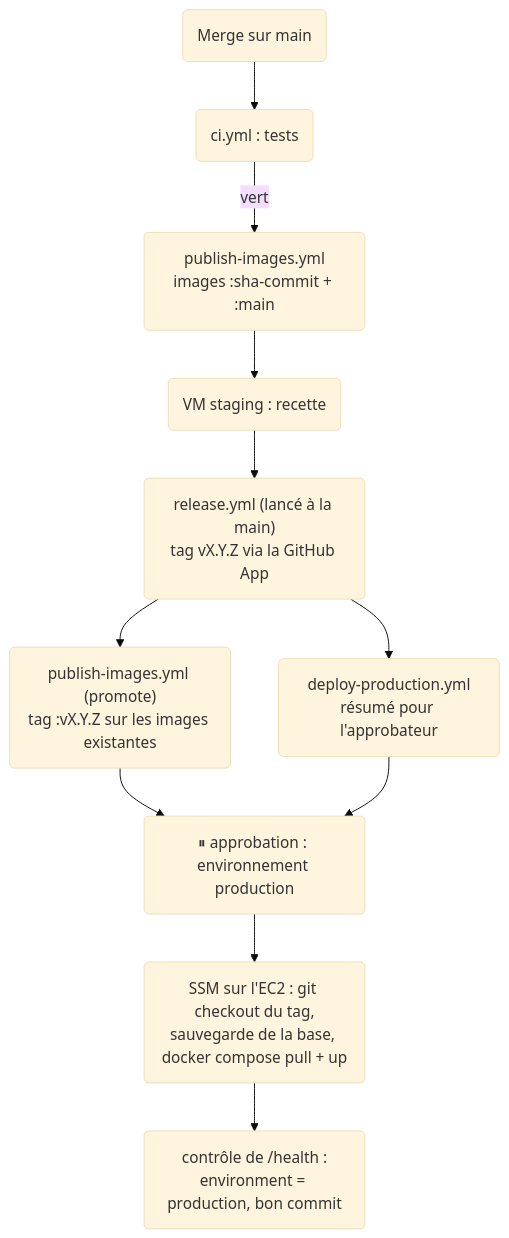
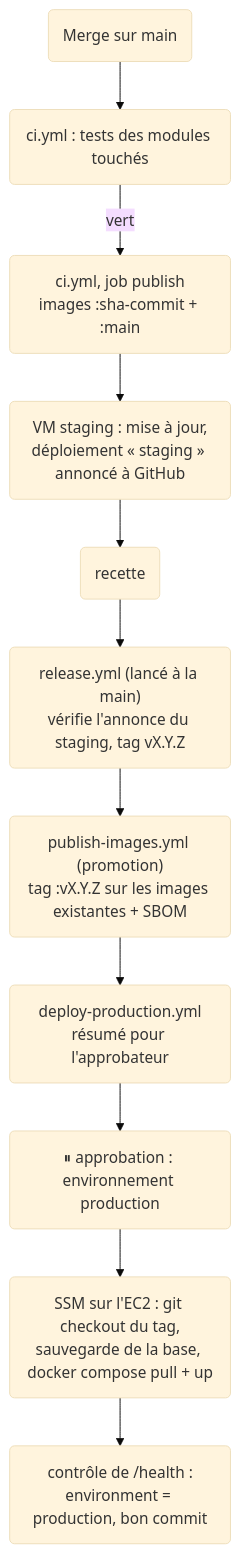
Before and after one commit to LaurelineHenaff/enervision: the second of 2 diagrams in infra/README.md, drawn with Mermaid (base theme). The commit also changed other lines of this file and 6 other files, not shown here.

First line of the commit message:
docs: CI par module touché, annonce du staging, release chaînée

````diff
--- a/infra/README.md
+++ b/infra/README.md
@@ -160,13 +160,13 @@
 ```mermaid
 flowchart TD
-    A("Merge sur main") --> B("ci.yml : tests")
-    B -->|vert| C("publish-images.yml<br/>images :sha-commit + :main")
-    C --> D("VM staging : recette")
-    D --> E("release.yml (lancé à la main)<br/>tag vX.Y.Z via la GitHub App")
-    E --> F("publish-images.yml (promote)<br/>tag :vX.Y.Z sur les images existantes")
-    E --> G("deploy-production.yml<br/>résumé pour l'approbateur")
-    F --> H
+    A("Merge sur main") --> B("ci.yml : tests des modules touchés")
+    B -->|vert| C("ci.yml, job publish<br/>images :sha-commit + :main")
+    C --> D("VM staging : mise à jour,<br/>déploiement « staging » annoncé à GitHub")
+    D --> R("recette")
+    R --> E("release.yml (lancé à la main)<br/>vérifie l'annonce du staging, tag vX.Y.Z")
+    E --> F("publish-images.yml (promotion)<br/>tag :vX.Y.Z sur les images existantes + SBOM")
+    F --> G("deploy-production.yml<br/>résumé pour l'approbateur")
     G --> H("⏸ approbation : environnement production")
     H --> I("SSM sur l'EC2 : git checkout du tag,<br/>sauvegarde de la base, docker compose pull + up")
     I --> J("contrôle de /health :<br/>environment = production, bon commit")
 ```
````
